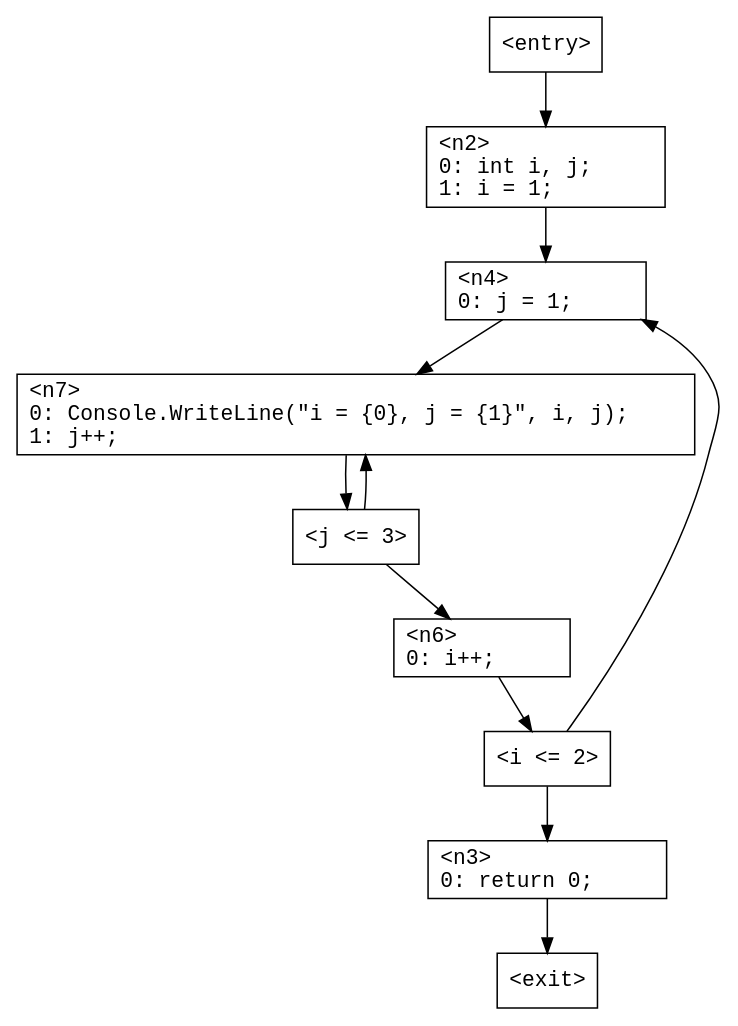
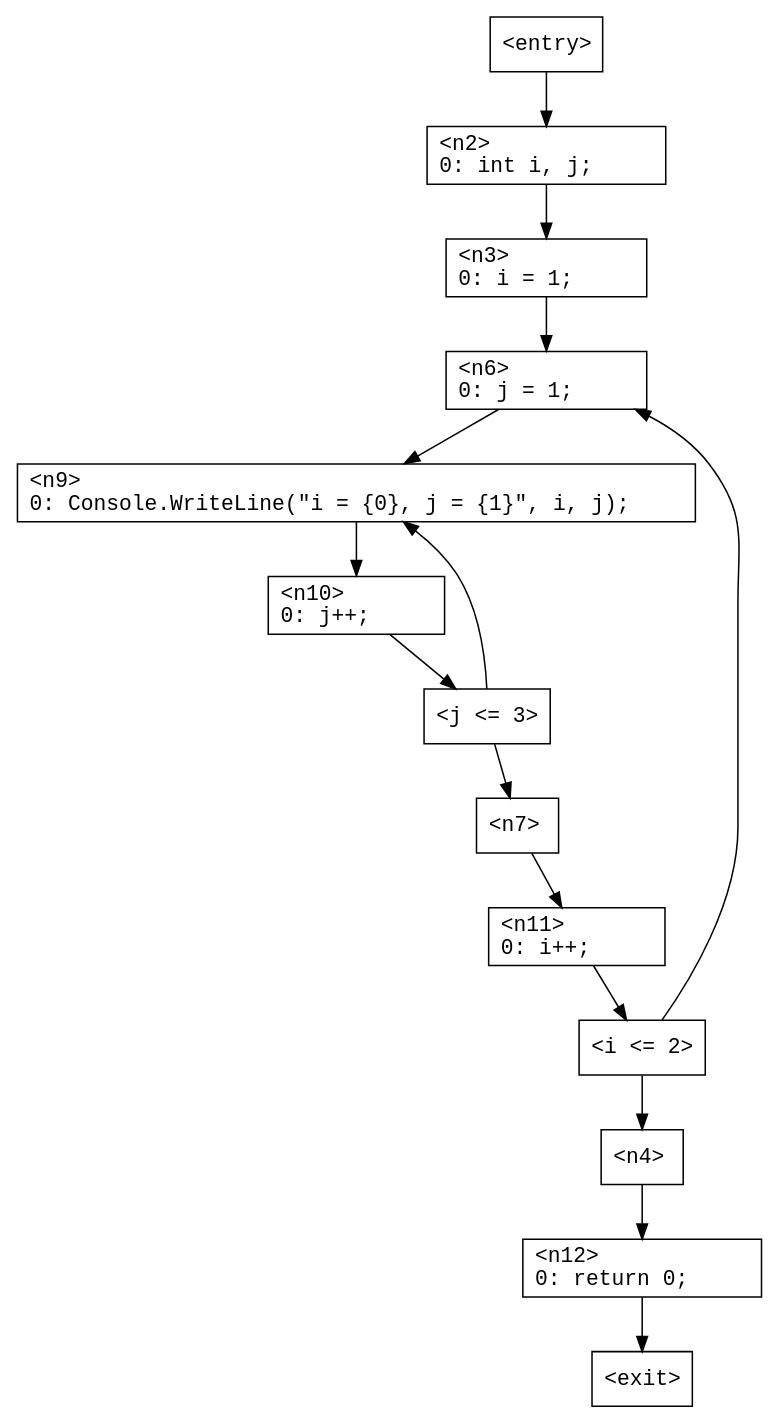
The diagram in TarpTests/Cfg/Data/TestDoNested.gv (ashalkhakov/Tarp), drawn with Graphviz before and after one commit. The commit also changed 28 other files, not shown here.

```diff
--- a/TarpTests/Cfg/Data/TestDoNested.gv
+++ b/TarpTests/Cfg/Data/TestDoNested.gv
@@ -1,40 +1,56 @@
 digraph G
 {
     n0 [ shape = "box"
              fontname = "Monospace"
              label = "<entry>\l" ];
       n0 -> n2;
     n1 [ shape = "box"
              fontname = "Monospace"
              label = "<exit>\l" ];
     n2 [ shape = "box"
              fontname = "Monospace"
-             label = "<n2>\l0:	int i, j;\l1:	i = 1;\l" ];
-      n2 -> n4;
+             label = "<n2>\l0:	int i, j;\l" ];
+      n2 -> n3;
     n3 [ shape = "box"
              fontname = "Monospace"
-             label = "<n3>\l0:	return 0;\l" ];
-      n3 -> n1;
+             label = "<n3>\l0:	i = 1;\l" ];
+      n3 -> n6;
     n4 [ shape = "box"
              fontname = "Monospace"
-             label = "<n4>\l0:	j = 1;\l" ];
-      n4 -> n7;
+             label = "<n4>\l" ];
+      n4 -> n12;
     n5 [ shape = "box"
              fontname = "Monospace"
              label = "<i <= 2>\l" ];
+      n5 -> n6;
       n5 -> n4;
-      n5 -> n3;
     n6 [ shape = "box"
              fontname = "Monospace"
-             label = "<n6>\l0:	i++;\l" ];
-      n6 -> n5;
+             label = "<n6>\l0:	j = 1;\l" ];
+      n6 -> n9;
     n7 [ shape = "box"
              fontname = "Monospace"
-             label = "<n7>\l0:	Console.WriteLine(\"i = {0}, j = {1}\", i, j);\l1:	j++;\l" ];
-      n7 -> n8;
+             label = "<n7>\l" ];
+      n7 -> n11;
     n8 [ shape = "box"
              fontname = "Monospace"
              label = "<j <= 3>\l" ];
+      n8 -> n9;
       n8 -> n7;
-      n8 -> n6;
+    n9 [ shape = "box"
+             fontname = "Monospace"
+             label = "<n9>\l0:	Console.WriteLine(\"i = {0}, j = {1}\", i, j);\l" ];
+      n9 -> n10;
+    n10 [ shape = "box"
+             fontname = "Monospace"
+             label = "<n10>\l0:	j++;\l" ];
+      n10 -> n8;
+    n11 [ shape = "box"
+             fontname = "Monospace"
+             label = "<n11>\l0:	i++;\l" ];
+      n11 -> n5;
+    n12 [ shape = "box"
+             fontname = "Monospace"
+             label = "<n12>\l0:	return 0;\l" ];
+      n12 -> n1;
 }
```
